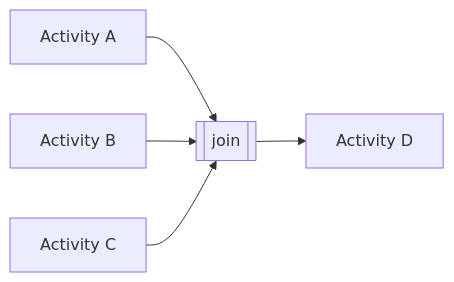
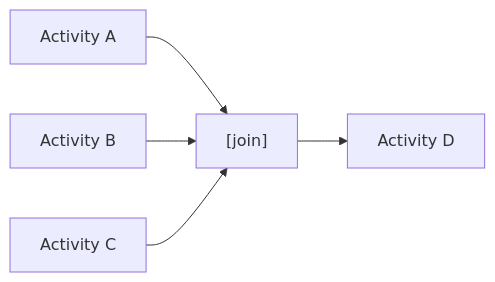
Before and after one commit to martin-ly/rust-lang: the fourth of 6 diagrams in docs/rust-ownership-decidability/16-program-semantics/workflow-patterns/03-synchronization.md, drawn with Mermaid. The commit also changed other lines of this file and 97 other files, not shown here.

````diff
--- a/docs/rust-ownership-decidability/16-program-semantics/workflow-patterns/03-synchronization.md
+++ b/docs/rust-ownership-decidability/16-program-semantics/workflow-patterns/03-synchronization.md
@@ -227,7 +227,7 @@
 ```mermaid
 flowchart LR
-    A[Activity A] --> join[[join]]
+    A[Activity A] --> join["[join]"]
     B[Activity B] --> join
     C[Activity C] --> join
     join --> D[Activity D]
 ```
````
